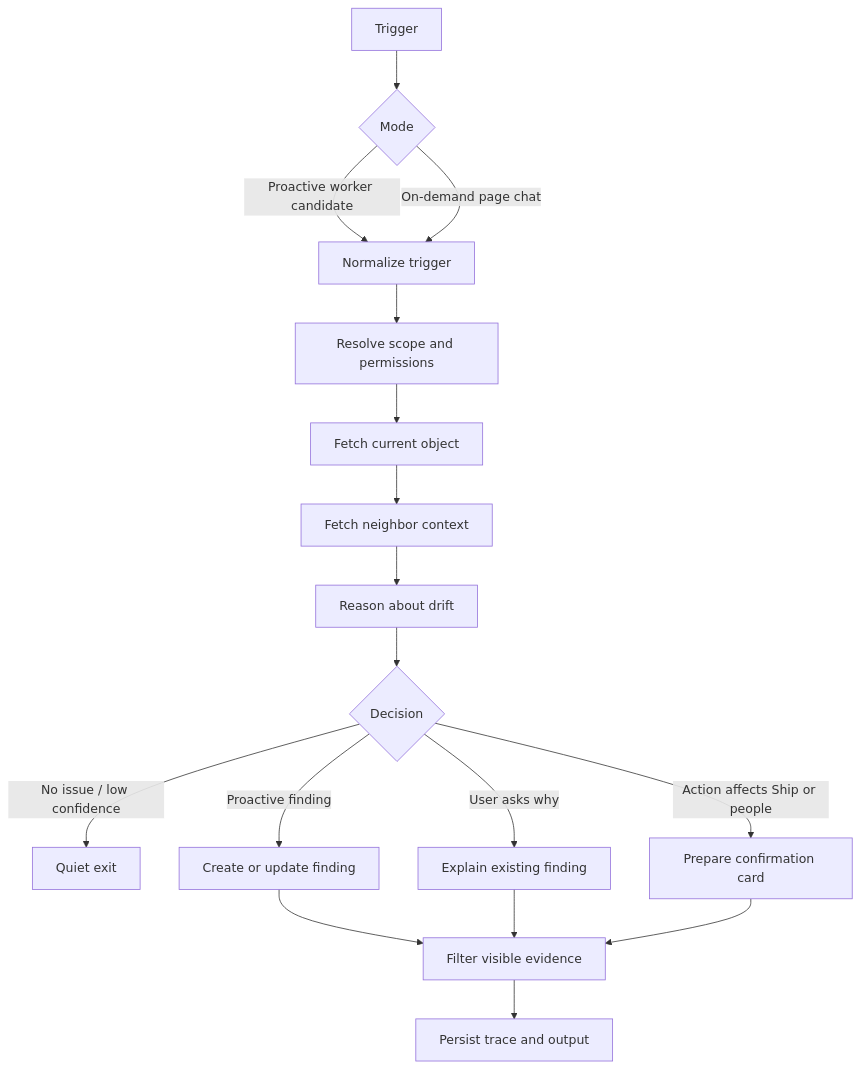
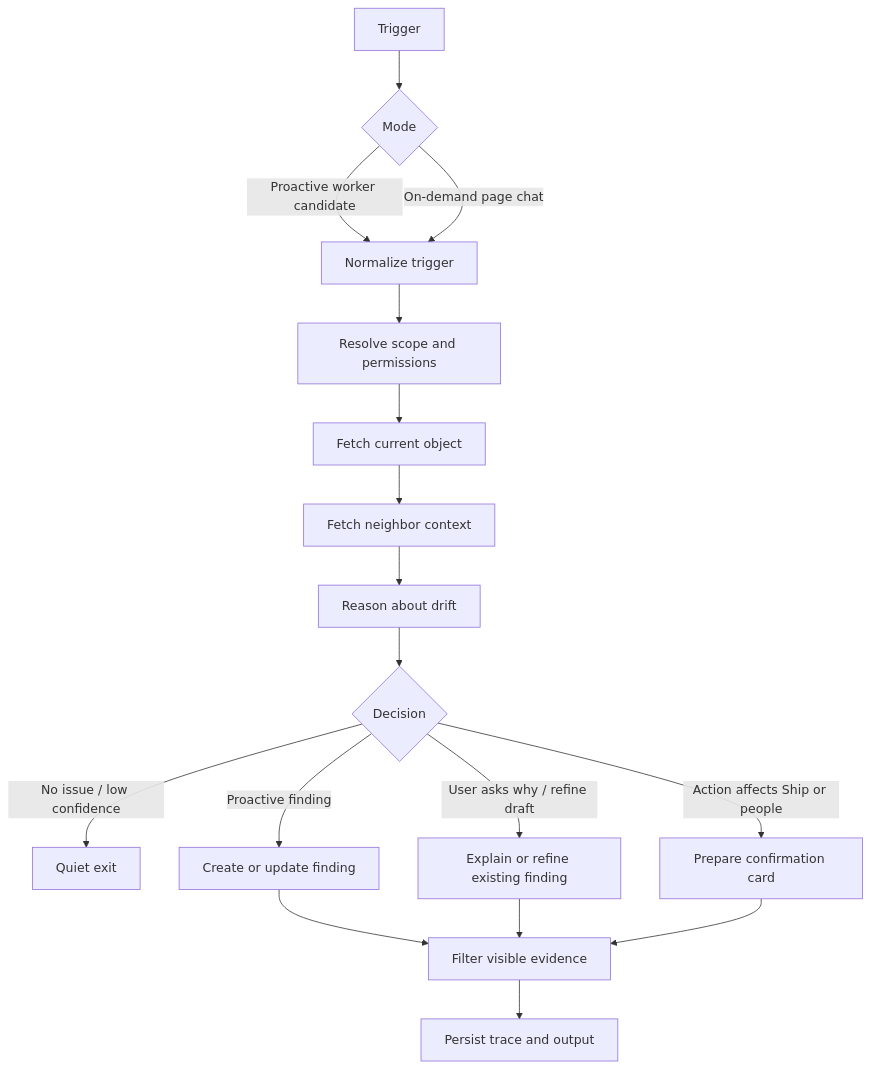
Before and after one commit to MichaelHabermas/ship-shape: the second of 7 diagrams in my-docs/project-weeks-sot/week-5/ARCHITECTURAL_DEFENSE.md, drawn with Mermaid. The commit also changed other lines of this file and 4 other files, not shown here.

First line of the commit message:
Remove outdated architectural defense documents for FleetGraph

````diff
--- a/my-docs/project-weeks-sot/week-5/ARCHITECTURAL_DEFENSE.md
+++ b/my-docs/project-weeks-sot/week-5/ARCHITECTURAL_DEFENSE.md
@@ -40,19 +42,19 @@
 ```mermaid
 flowchart TD
   A[Trigger] --> B{Mode}
   B -->|Proactive worker candidate| C[Normalize trigger]
   B -->|On-demand page chat| C
   C --> D[Resolve scope and permissions]
   D --> E[Fetch current object]
   E --> F[Fetch neighbor context]
   F --> G[Reason about drift]
   G --> H{Decision}
   H -->|No issue / low confidence| I[Quiet exit]
   H -->|Proactive finding| J[Create or update finding]
-  H -->|User asks why| K[Explain existing finding]
+  H -->|User asks why / refine draft| K[Explain or refine existing finding]
   H -->|Action affects Ship or people| L[Prepare confirmation card]
   J --> M[Filter visible evidence]
   K --> M
   L --> M
   M --> N[Persist trace and output]
 ```
````
